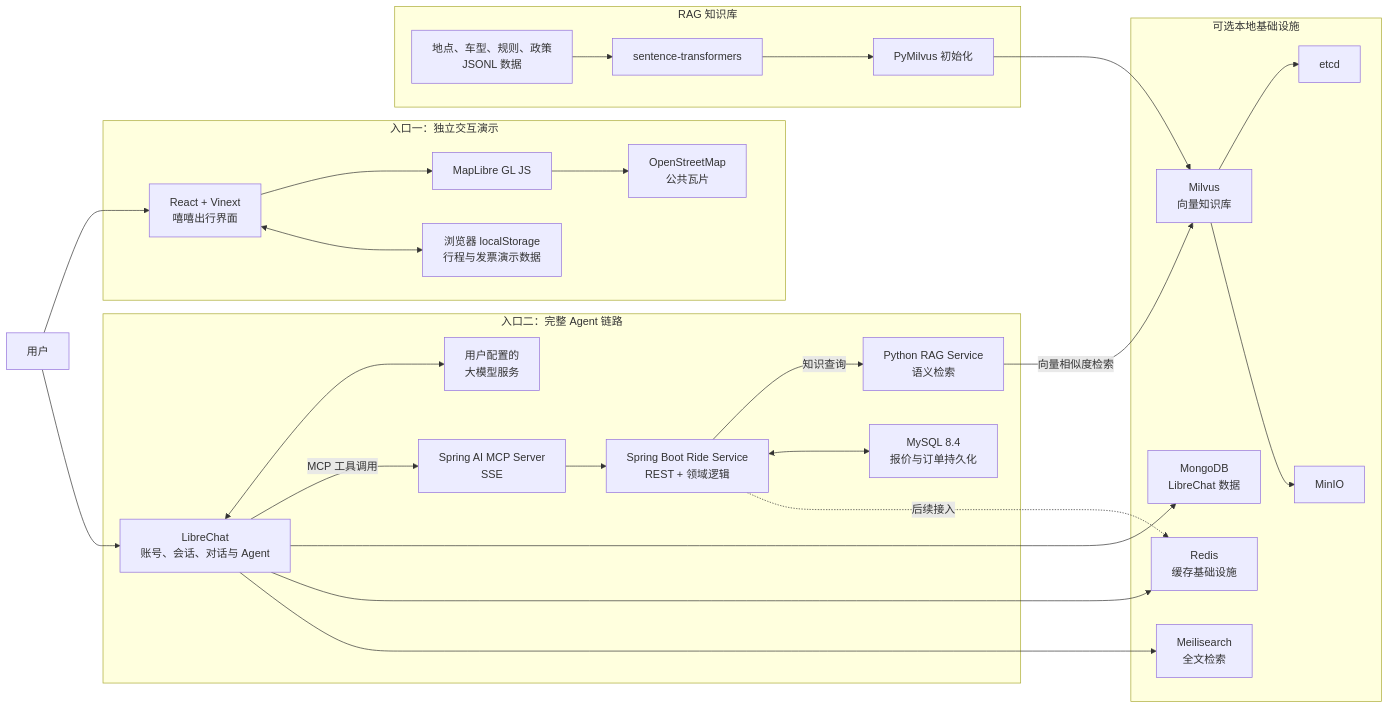
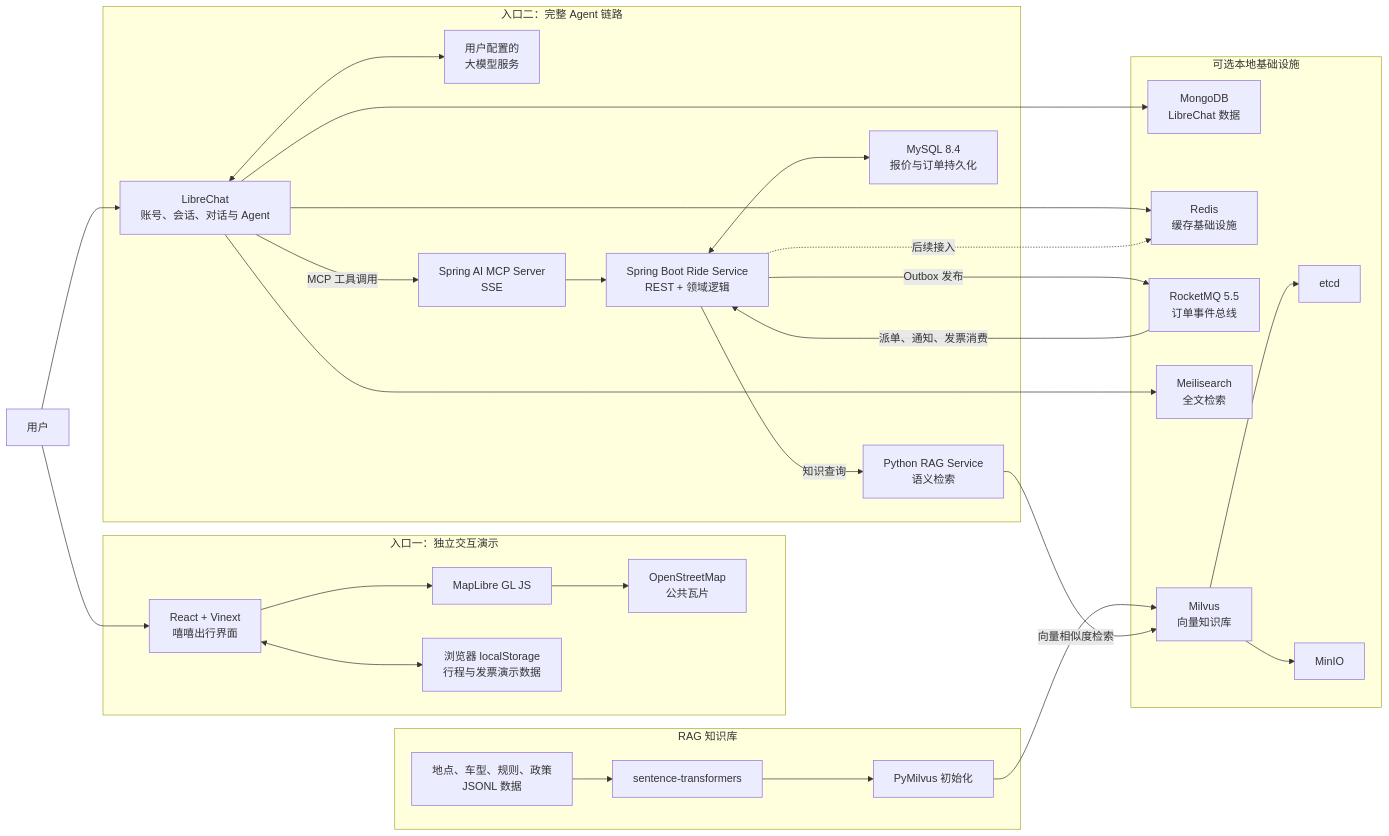
One commit to YINPENG04/xixi-travel-agent changed the first of 2 diagrams in README.md. Above: the diagram before and after it, drawn with Mermaid. The commit also changed other lines of this file and 42 other files, not shown here.

````diff
--- a/README.md
+++ b/README.md
@@ -58,54 +58,57 @@
 ```mermaid
 flowchart LR
     U["用户"]
 
     subgraph Demo["入口一：独立交互演示"]
         UI["React + Vinext<br/>嘻嘻出行界面"]
         MAP["MapLibre GL JS"]
         OSM["OpenStreetMap<br/>公共瓦片"]
         LS["浏览器 localStorage<br/>行程与发票演示数据"]
         UI --> MAP --> OSM
         UI <--> LS
     end
 
     subgraph Agent["入口二：完整 Agent 链路"]
         LC["LibreChat<br/>账号、会话、对话与 Agent"]
         LLM["用户配置的<br/>大模型服务"]
         MCP["Spring AI MCP Server<br/>SSE"]
         RS["Spring Boot Ride Service<br/>REST + 领域逻辑"]
         RAG["Python RAG Service<br/>语义检索"]
         MYSQL["MySQL 8.4<br/>报价与订单持久化"]
 
         LC <--> LLM
         LC -->|"MCP 工具调用"| MCP
         MCP --> RS
         RS -->|"知识查询"| RAG
         RS <--> MYSQL
     end
 
     subgraph Infra["可选本地基础设施"]
         MONGO["MongoDB<br/>LibreChat 数据"]
         REDIS["Redis<br/>缓存基础设施"]
+        RMQ["RocketMQ 5.5<br/>订单事件总线"]
         MEILI["Meilisearch<br/>全文检索"]
         MILVUS["Milvus<br/>向量知识库"]
         ETCD["etcd"]
         MINIO["MinIO"]
         MILVUS --> ETCD
         MILVUS --> MINIO
     end
 
     subgraph Knowledge["RAG 知识库"]
         JSONL["地点、车型、规则、政策<br/>JSONL 数据"]
         EMB["sentence-transformers"]
         SEED["PyMilvus 初始化"]
         JSONL --> EMB --> SEED --> MILVUS
         RAG -->|"向量相似度检索"| MILVUS
     end
 
     U --> UI
     U --> LC
     LC --> MONGO
     LC --> REDIS
     LC --> MEILI
     RS -. 后续接入 .-> REDIS
+    RS -->|"Outbox 发布"| RMQ
+    RMQ -->|"派单、通知、发票消费"| RS
 ```
````
